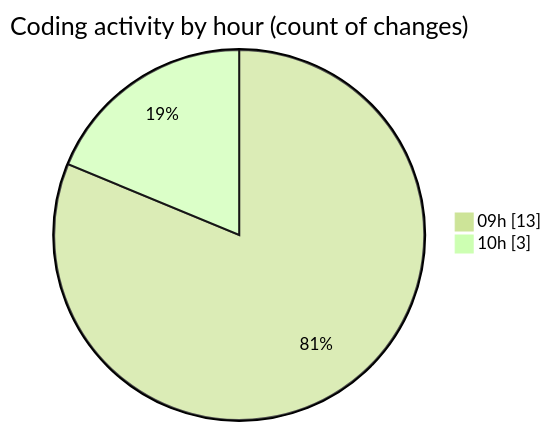
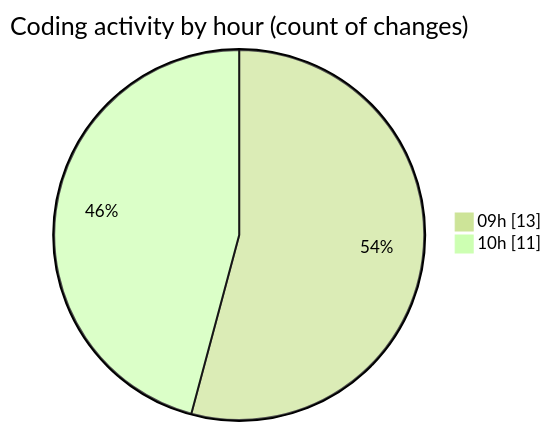
Before and after one commit to momahboobian/code-tracking: the second of 2 diagrams in 2025-09-22/cda/README.md, drawn with Mermaid (forest theme). The commit also changed other lines of this file and 1 other file, not shown here.

````diff
--- a/2025-09-22/cda/README.md
+++ b/2025-09-22/cda/README.md
@@ -31,6 +32,6 @@
 ```mermaid
 pie showData
 title Coding activity by hour (count of changes)
 "09h" : 13
-"10h" : 3
+"10h" : 11
 ```
````
